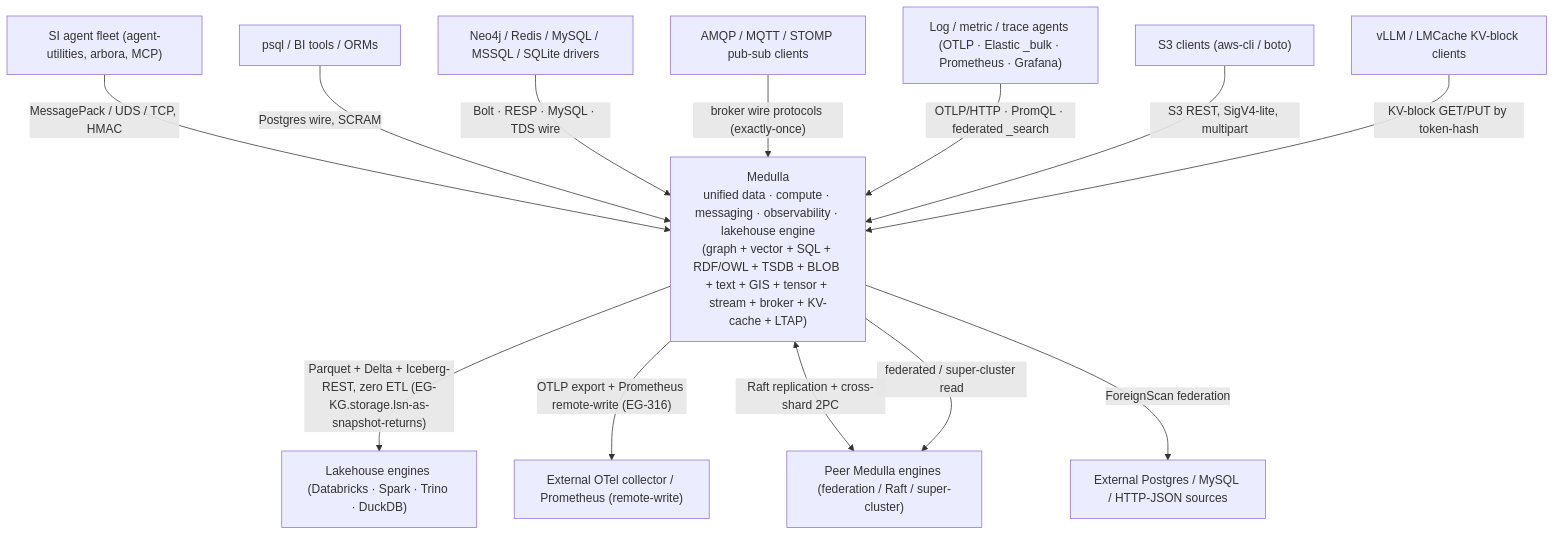
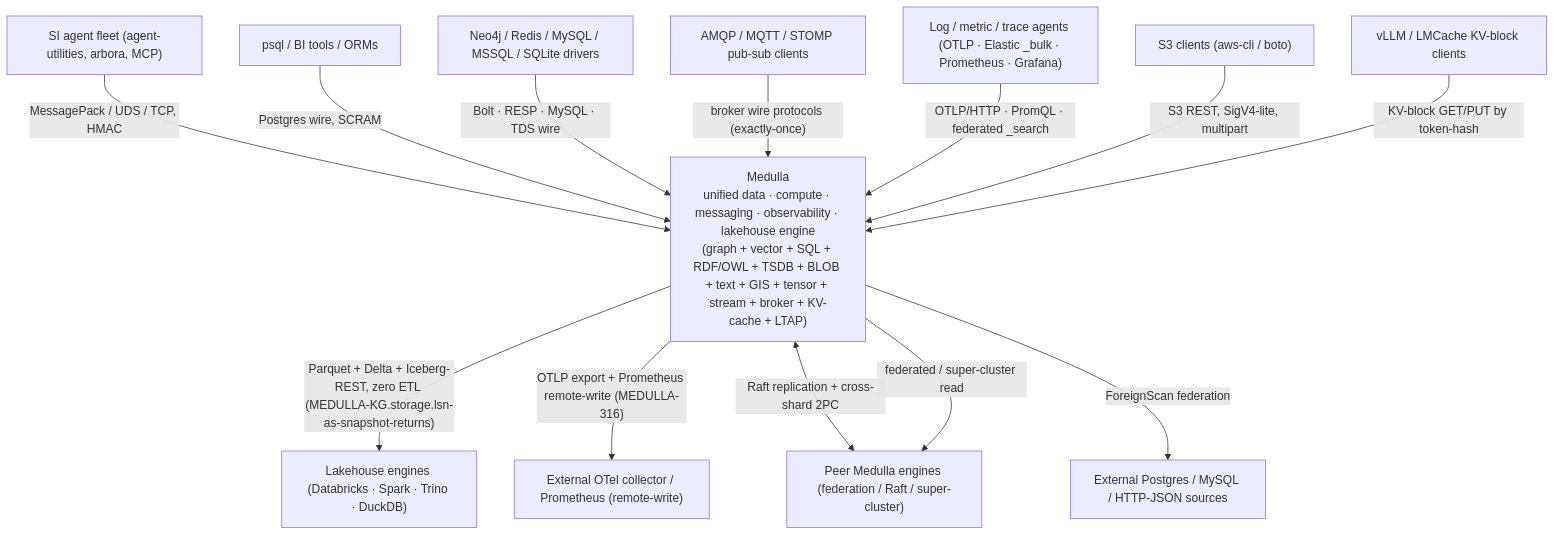
Before and after one commit to Knuckles-Team/epistemic-graph: the first of 9 diagrams in docs/architecture/engine.md, drawn with Mermaid. The commit also changed other lines of this file and 5990 other files, not shown here.

First line of the commit message:
refactor!: rename epistemic-graph to medulla end to end (hard cutover)

````diff
--- a/docs/architecture/engine.md
+++ b/docs/architecture/engine.md
@@ -17,29 +17,29 @@
 ```mermaid
 flowchart TB
     AGENT["SI agent fleet (agent-utilities, arbora, MCP)"]
     PSQL["psql / BI tools / ORMs"]
     DBCLI["Neo4j / Redis / MySQL / MSSQL / SQLite drivers"]
     MSG["AMQP / MQTT / STOMP pub-sub clients"]
     OBSAG["Log / metric / trace agents (OTLP · Elastic _bulk · Prometheus · Grafana)"]
     S3CLI["S3 clients (aws-cli / boto)"]
     LLM["vLLM / LMCache KV-block clients"]
     LAKE["Lakehouse engines (Databricks · Spark · Trino · DuckDB)"]
     OTELC["External OTel collector / Prometheus (remote-write)"]
     PEER["Peer Medulla engines (federation / Raft / super-cluster)"]
     EXT["External Postgres / MySQL / HTTP-JSON sources"]
 
     ENGINE["Medulla<br/>unified data · compute · messaging · observability · lakehouse engine<br/>(graph + vector + SQL + RDF/OWL + TSDB + BLOB + text + GIS + tensor + stream + broker + KV-cache + LTAP)"]
 
     AGENT -->|"MessagePack / UDS / TCP, HMAC"| ENGINE
     PSQL -->|"Postgres wire, SCRAM"| ENGINE
     DBCLI -->|"Bolt · RESP · MySQL · TDS wire"| ENGINE
     MSG -->|"broker wire protocols (exactly-once)"| ENGINE
     OBSAG -->|"OTLP/HTTP · PromQL · federated _search"| ENGINE
     S3CLI -->|"S3 REST, SigV4-lite, multipart"| ENGINE
     LLM -->|"KV-block GET/PUT by token-hash"| ENGINE
-    ENGINE -->|"Parquet + Delta + Iceberg-REST, zero ETL (EG-KG.storage.lsn-as-snapshot-returns)"| LAKE
-    ENGINE -->|"OTLP export + Prometheus remote-write (EG-316)"| OTELC
+    ENGINE -->|"Parquet + Delta + Iceberg-REST, zero ETL (MEDULLA-KG.storage.lsn-as-snapshot-returns)"| LAKE
+    ENGINE -->|"OTLP export + Prometheus remote-write (MEDULLA-316)"| OTELC
     ENGINE <-->|"Raft replication + cross-shard 2PC"| PEER
     ENGINE -->|"ForeignScan federation"| EXT
     ENGINE -->|"federated / super-cluster read"| PEER
 ```
````
